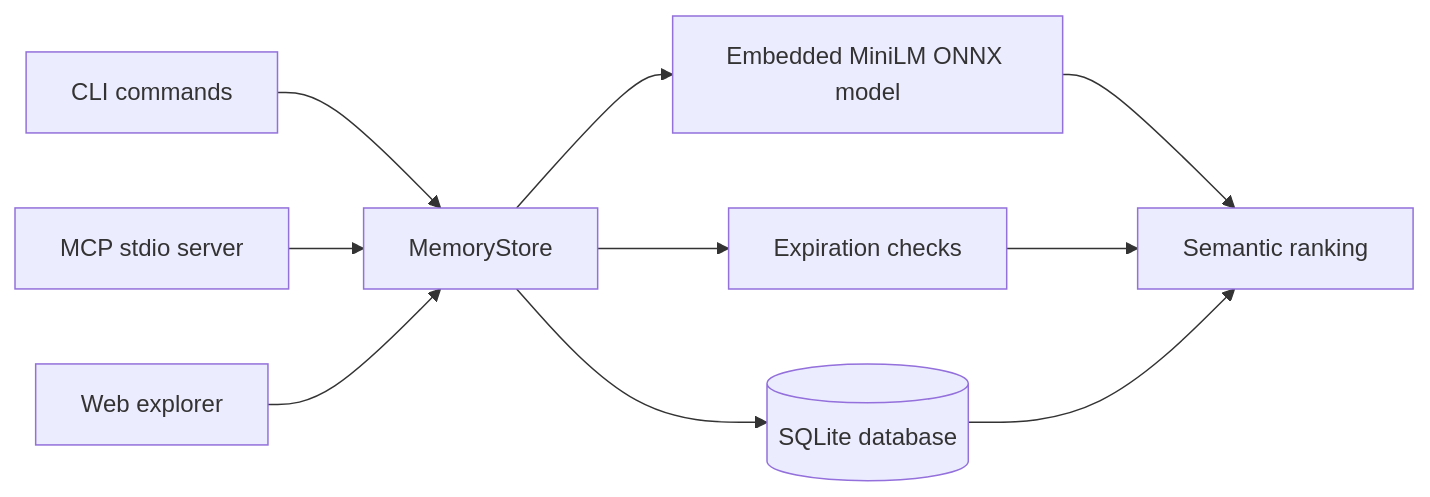
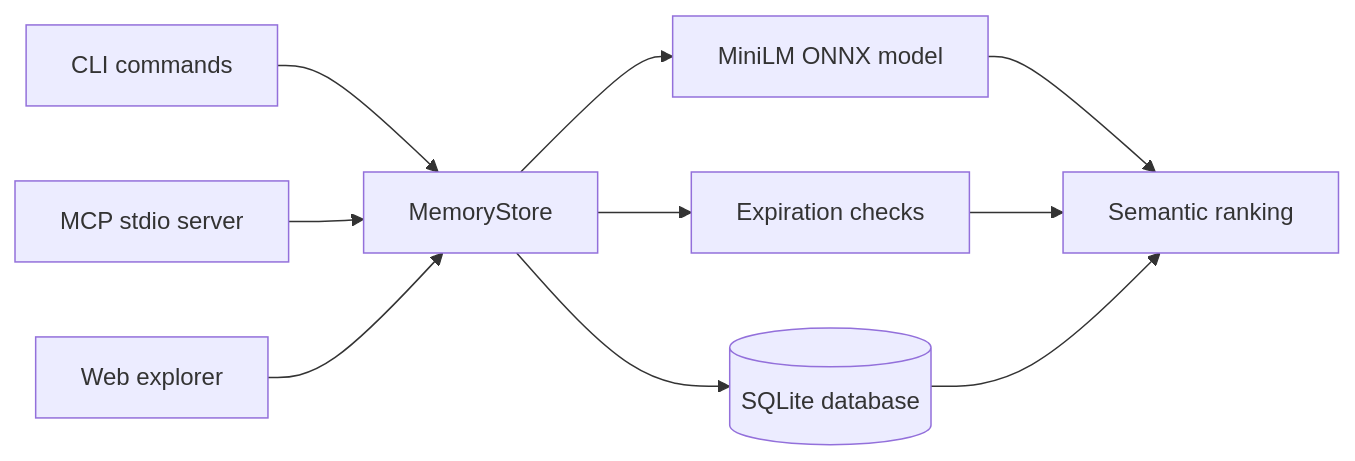
Before and after one commit to mii-nipah/mii-memory: the diagram in README.md, drawn with Mermaid. The commit also changed other lines of this file and 8 other files, not shown here.

First line of the commit message:
fixes some problems with the default model being embedded in builds for crates.io

````diff
--- a/README.md
+++ b/README.md
@@ -270,12 +288,12 @@
 ```mermaid
 flowchart LR
     CLI[CLI commands] --> Store[MemoryStore]
     MCP[MCP stdio server] --> Store
     Explorer[Web explorer] --> Store
     Store --> SQLite[(SQLite database)]
     Store --> Expiration[Expiration checks]
-    Store --> Embeddings[Embedded MiniLM ONNX model]
+    Store --> Embeddings[MiniLM ONNX model]
     Embeddings --> Ranking[Semantic ranking]
     Expiration --> Ranking
     SQLite --> Ranking
 ```
````
